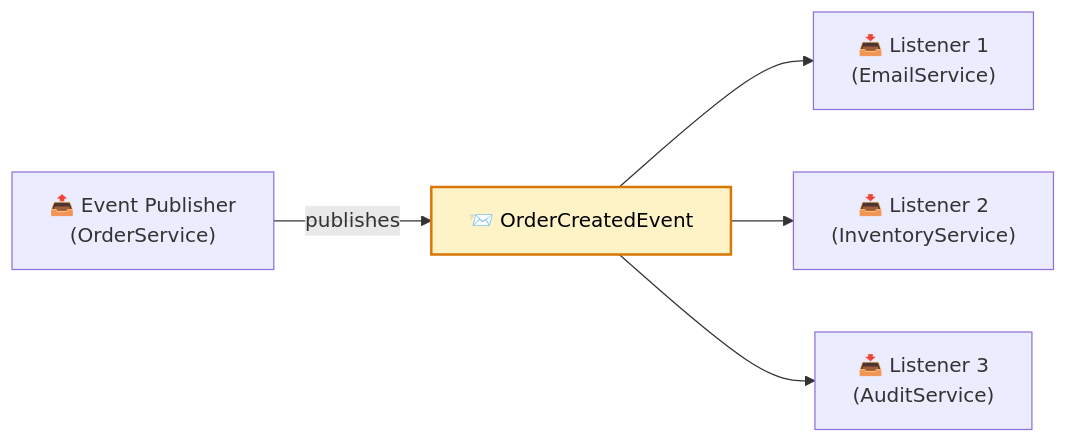
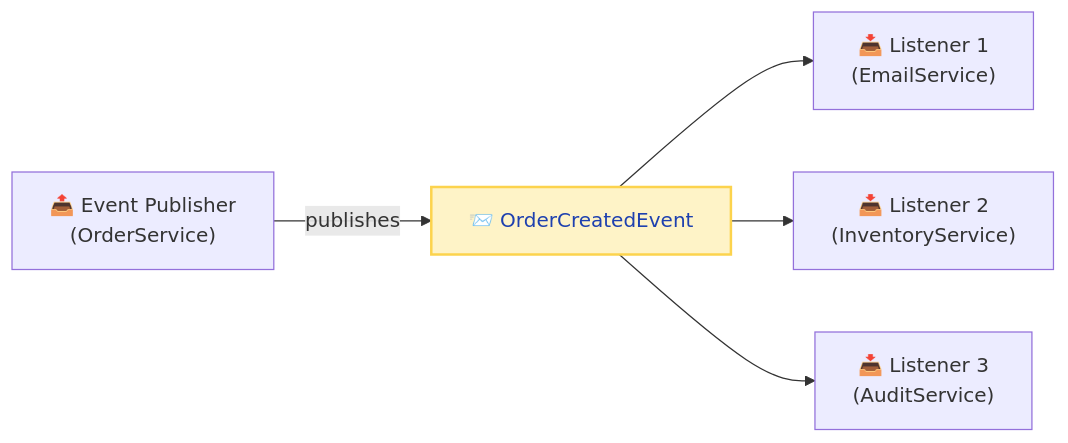
The first of 3 diagrams in docs/springboot/events.md (saivamsikaruturi/vamsilabs-dev-notes-main), drawn with Mermaid before and after one commit. The commit also changed other lines of this file and 220 other files, not shown here.

First line of the commit message:
Add 50+ new Java/Spring Boot pages, rewrite CSS code blocks to Oracle style, fix all diagram colors

````diff
--- a/docs/springboot/events.md
+++ b/docs/springboot/events.md
@@ -10,9 +10,9 @@
 ```mermaid
 flowchart LR
     P["📤 Event Publisher<br/>(OrderService)"] -->|"publishes"| E["📨 OrderCreatedEvent"]
     E --> L1["📥 Listener 1<br/>(EmailService)"]
     E --> L2["📥 Listener 2<br/>(InventoryService)"]
     E --> L3["📥 Listener 3<br/>(AuditService)"]
 
-    style E fill:#FEF3C7,stroke:#D97706,stroke-width:2px,color:#000
+    style E fill:#FEF3C7,stroke:#FCD34D,stroke-width:2px,color:#1E40AF
 ```
````
